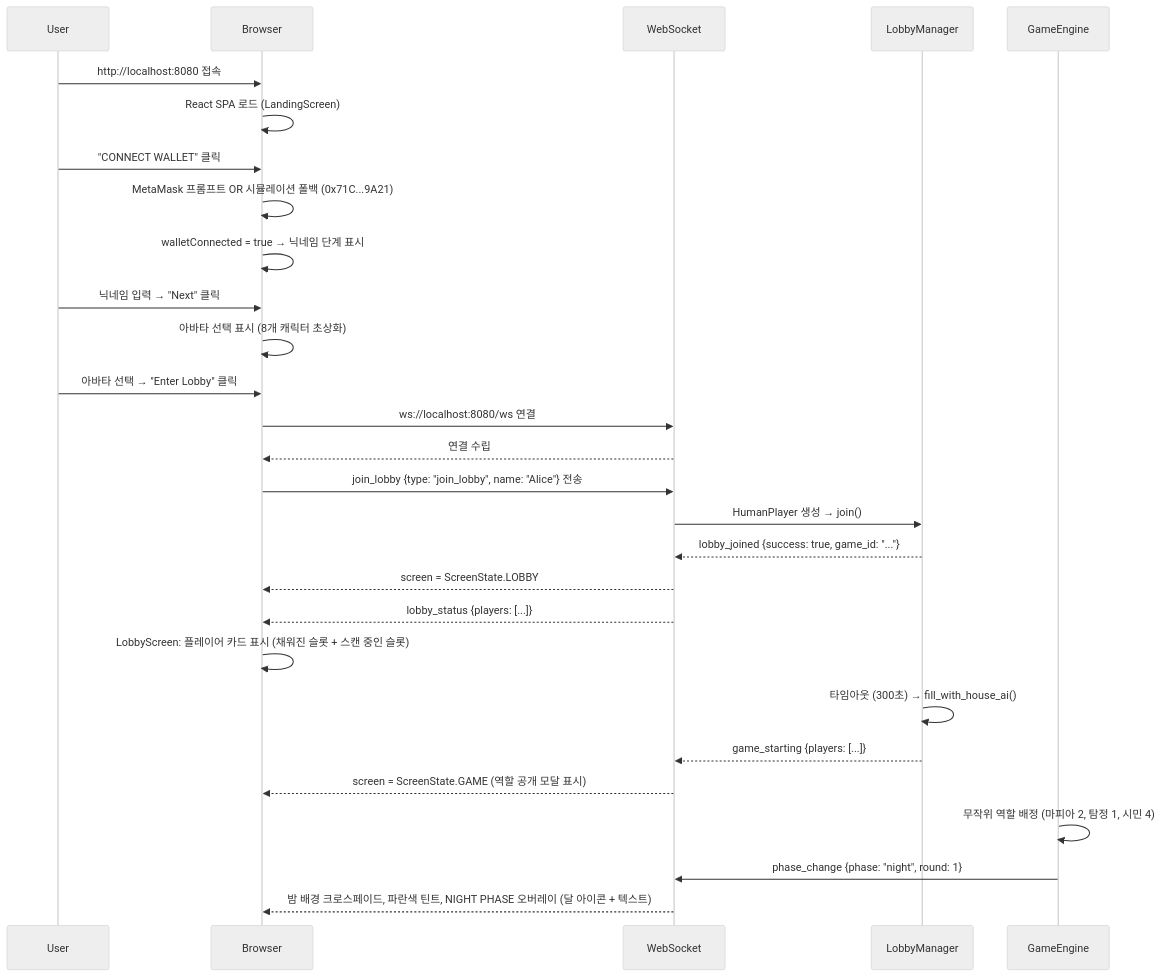
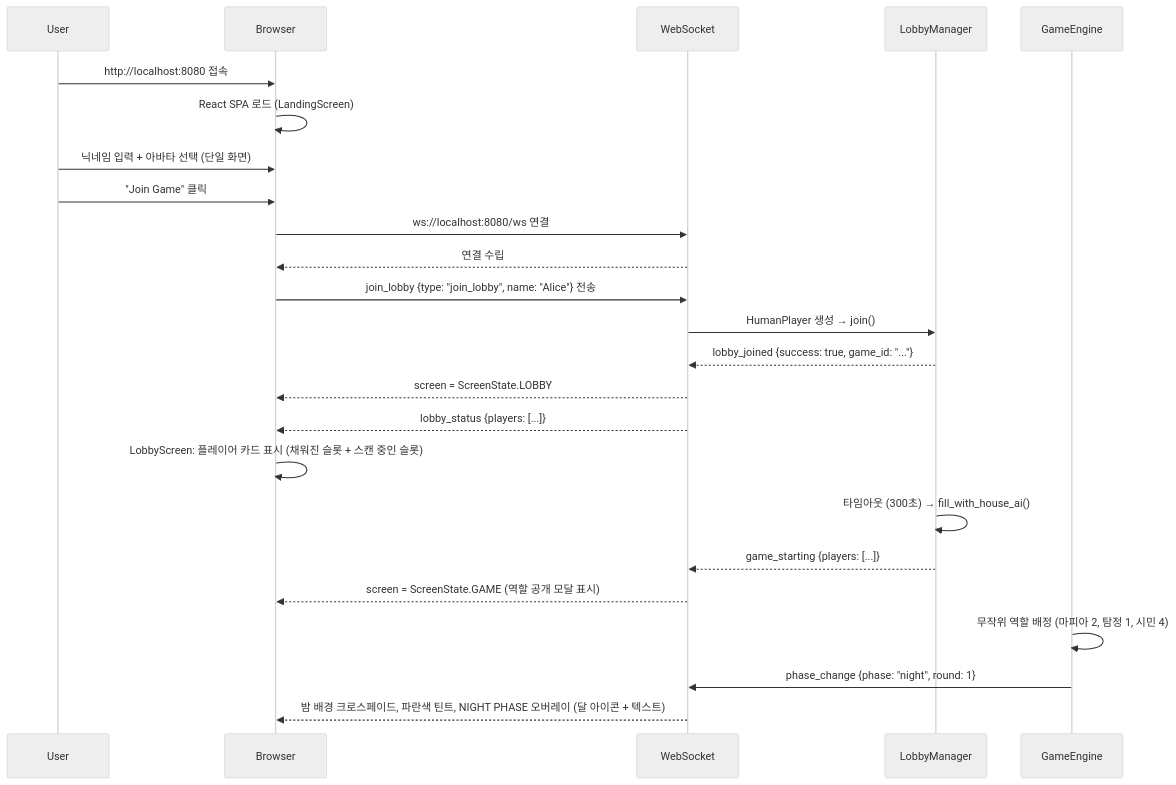
The third of 6 diagrams in docs/USERFLOW.ko.md (0xarkstar/mafi-AI), drawn with Mermaid (neutral theme) before and after one commit. The commit also changed other lines of this file and 3 other files, not shown here.

First line of the commit message:
docs: sync userflow, flowcharts, and READMEs with current product state

````diff
--- a/docs/USERFLOW.ko.md
+++ b/docs/USERFLOW.ko.md
@@ -268,36 +269,31 @@
 ```mermaid
 sequenceDiagram
     participant User
     participant Browser
     participant WebSocket
     participant LobbyManager
     participant GameEngine
 
     User->>Browser: http://localhost:8080 접속
     Browser->>Browser: React SPA 로드 (LandingScreen)
 
-    User->>Browser: "CONNECT WALLET" 클릭
-    Browser->>Browser: MetaMask 프롬프트 OR 시뮬레이션 폴백 (0x71C...9A21)
-    Browser->>Browser: walletConnected = true → 닉네임 단계 표시
-
-    User->>Browser: 닉네임 입력 → "Next" 클릭
-    Browser->>Browser: 아바타 선택 표시 (8개 캐릭터 초상화)
-    User->>Browser: 아바타 선택 → "Enter Lobby" 클릭
+    User->>Browser: 닉네임 입력 + 아바타 선택 (단일 화면)
+    User->>Browser: "Join Game" 클릭
 
     Browser->>WebSocket: ws://localhost:8080/ws 연결
     WebSocket-->>Browser: 연결 수립
     Browser->>WebSocket: join_lobby {type: "join_lobby", name: "Alice"} 전송
     WebSocket->>LobbyManager: HumanPlayer 생성 → join()
     LobbyManager-->>WebSocket: lobby_joined {success: true, game_id: "..."}
     WebSocket-->>Browser: screen = ScreenState.LOBBY
     WebSocket-->>Browser: lobby_status {players: [...]}
     Browser->>Browser: LobbyScreen: 플레이어 카드 표시 (채워진 슬롯 + 스캔 중인 슬롯)
 
     LobbyManager->>LobbyManager: 타임아웃 (300초) → fill_with_house_ai()
     LobbyManager-->>WebSocket: game_starting {players: [...]}
     WebSocket-->>Browser: screen = ScreenState.GAME (역할 공개 모달 표시)
 
     GameEngine->>GameEngine: 무작위 역할 배정 (마피아 2, 탐정 1, 시민 4)
     GameEngine->>WebSocket: phase_change {phase: "night", round: 1}
     WebSocket-->>Browser: 밤 배경 크로스페이드, 파란색 틴트, NIGHT PHASE 오버레이 (달 아이콘 + 텍스트)
 ```
````
